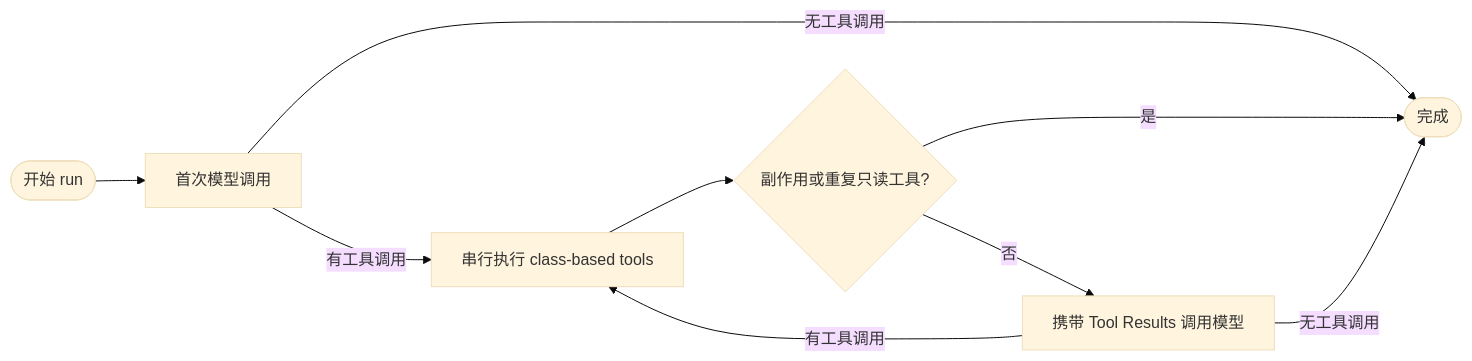
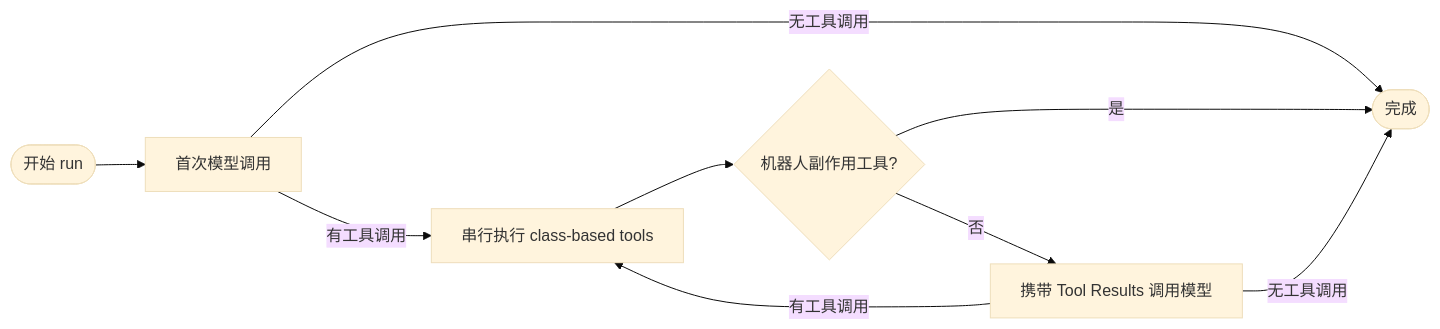
The second of 5 diagrams in docs/conversation-agent-product-design.md (elonzh/hanppie), drawn with Mermaid (base theme) before and after one commit. The commit also changed other lines of this file and 32 other files, not shown here.

````diff
--- a/docs/conversation-agent-product-design.md
+++ b/docs/conversation-agent-product-design.md
@@ -46,11 +46,11 @@
 ```mermaid
 flowchart LR
     START([开始 run]) --> INITIAL[首次模型调用]
     INITIAL -->|无工具调用| FINISH([完成])
     INITIAL -->|有工具调用| TOOLS[串行执行 class-based tools]
-    TOOLS --> TERMINAL{副作用或重复只读工具?}
+    TOOLS --> TERMINAL{机器人副作用工具?}
     TERMINAL -->|是| FINISH
     TERMINAL -->|否| FOLLOWUP[携带 Tool Results 调用模型]
     FOLLOWUP -->|无工具调用| FINISH
     FOLLOWUP -->|有工具调用| TOOLS
 ```
````
